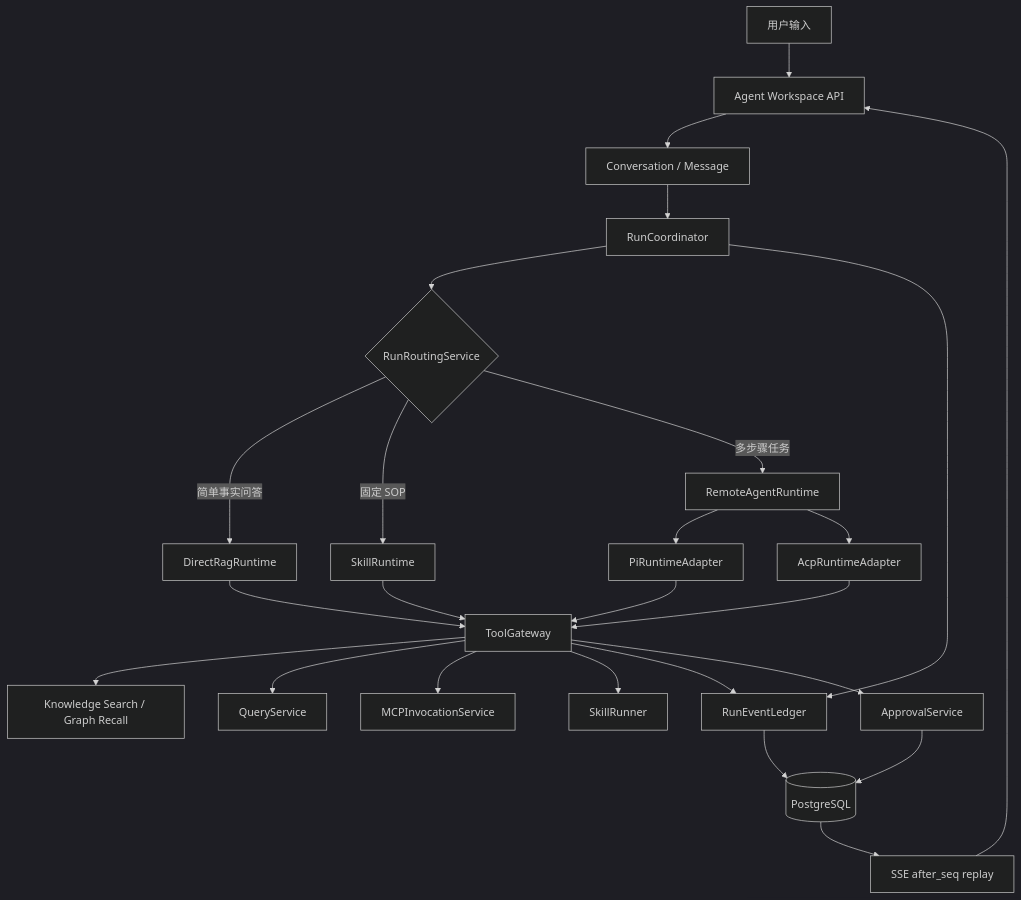
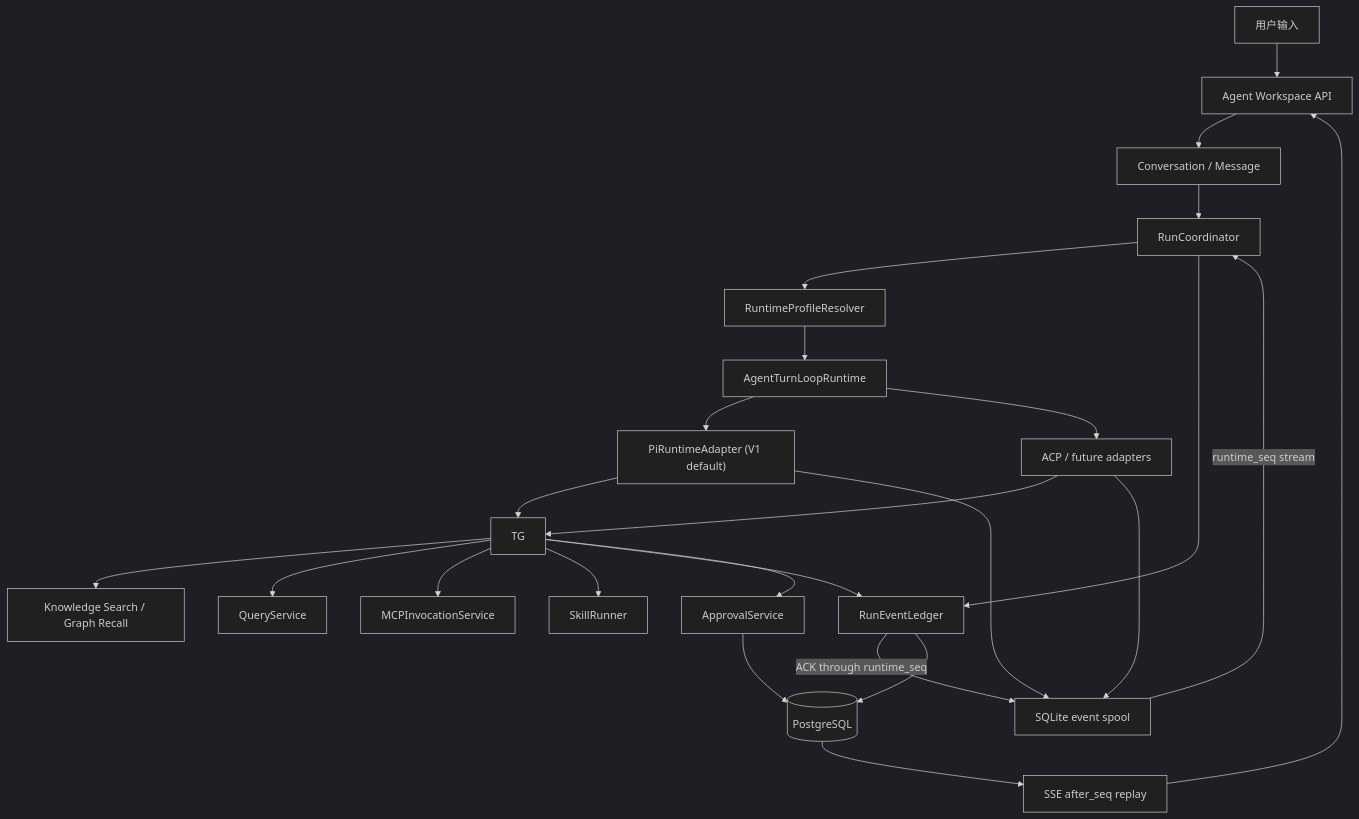
The diagram in docs/02-delivery-plans/01-specs/2026-07-23-req-059-enterprise-agent-platform-control-plane.md (MarkDanile/MetaEduBase), drawn with Mermaid (dark theme) before and after one commit. The commit also changed other lines of this file and 12 other files, not shown here.

Commit message:
docs(agent): freeze enterprise agent architecture gate (#475)

````diff
--- a/docs/02-delivery-plans/01-specs/2026-07-23-req-059-enterprise-agent-platform-control-plane.md
+++ b/docs/02-delivery-plans/01-specs/2026-07-23-req-059-enterprise-agent-platform-control-plane.md
@@ -349,27 +404,27 @@
 ```mermaid
 flowchart TD
     U["用户输入"] --> API["Agent Workspace API"]
     API --> CM["Conversation / Message"]
     CM --> RC["RunCoordinator"]
-    RC --> RR{"RunRoutingService"}
-    RR -->|"简单事实问答"| DR["DirectRagRuntime"]
-    RR -->|"固定 SOP"| SR["SkillRuntime"]
-    RR -->|"多步骤任务"| AR["RemoteAgentRuntime"]
-    AR --> PI["PiRuntimeAdapter"]
-    AR --> ACP["AcpRuntimeAdapter"]
-    DR --> TG["ToolGateway"]
-    SR --> TG
+    RC --> RP["RuntimeProfileResolver"]
+    RP --> AR["AgentTurnLoopRuntime"]
+    AR --> PI["PiRuntimeAdapter (V1 default)"]
+    AR --> ACP["ACP / future adapters"]
     PI --> TG
     ACP --> TG
     TG --> K["Knowledge Search / Graph Recall"]
     TG --> Q["QueryService"]
     TG --> M["MCPInvocationService"]
     TG --> S["SkillRunner"]
+    PI --> SP["SQLite event spool"]
+    ACP --> SP
+    SP -->|"runtime_seq stream"| RC
     RC --> EL["RunEventLedger"]
+    EL -->|"ACK through runtime_seq"| SP
     TG --> EL
     EL --> PG[("PostgreSQL")]
     PG --> SSE["SSE after_seq replay"]
     SSE --> API
     TG --> AP["ApprovalService"]
     AP --> PG
 ```
````
